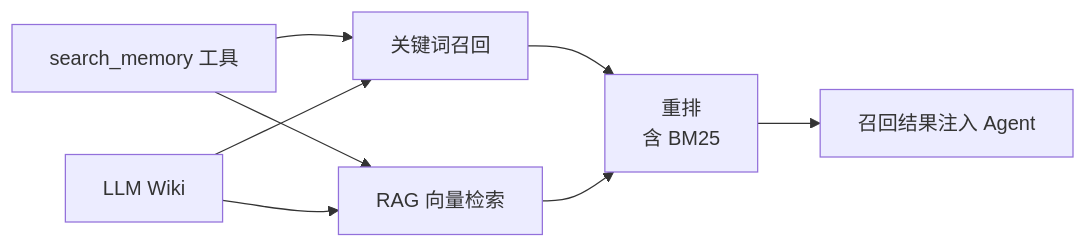
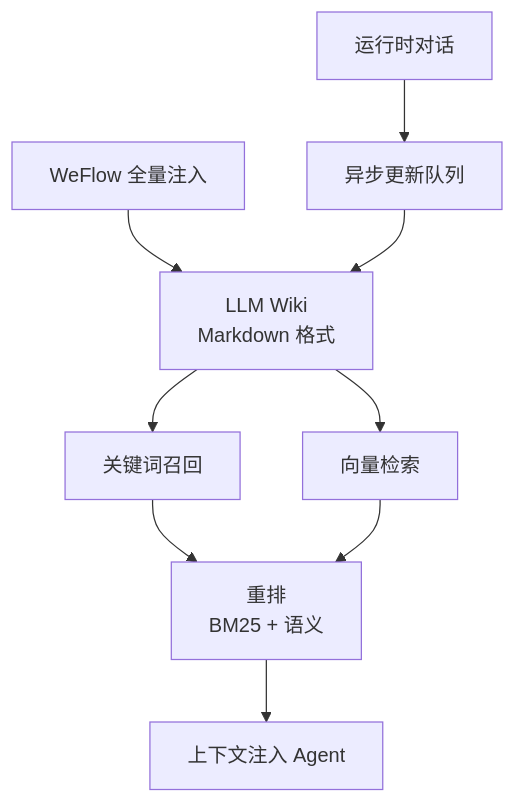
Before and after one commit to 899ms/wechat-mac-rpa: the fourth of 6 diagrams in README.md, drawn with Mermaid. The commit also changed other lines of this file and 3 other files, not shown here.

Commit message:
docs: 重写 README（架构图重画/子图/修正 benchmark 数量与路径）；refactor: 清理 generator 重复导入；fix: admin 截图页按 mtime 排序并统一 tick ID 显示；chore: 关闭 DeepSeek thinking 避免空回复

````diff
--- a/README.md
+++ b/README.md
@@ -208,10 +111,11 @@
 ```mermaid
-graph LR
-    A["search_memory 工具"] --> B["关键词召回"]
-    A --> C["RAG 向量检索"]
-    D["LLM Wiki"] --> B
-    D --> C
-    B --> E["重排<br/>含 BM25"]
-    C --> E
-    E --> F["召回结果注入 Agent"]
+graph TB
+    WeFlow["WeFlow 全量注入"] --> Wiki["LLM Wiki<br/>Markdown 格式"]
+    Runtime["运行时对话"] --> Queue["异步更新队列"]
+    Queue --> Wiki
+    Wiki --> Keyword["关键词召回"]
+    Wiki --> RAG["向量检索"]
+    Keyword --> Rerank["重排<br/>BM25 + 语义"]
+    RAG --> Rerank
+    Rerank --> Context["上下文注入 Agent"]
 ```
````
